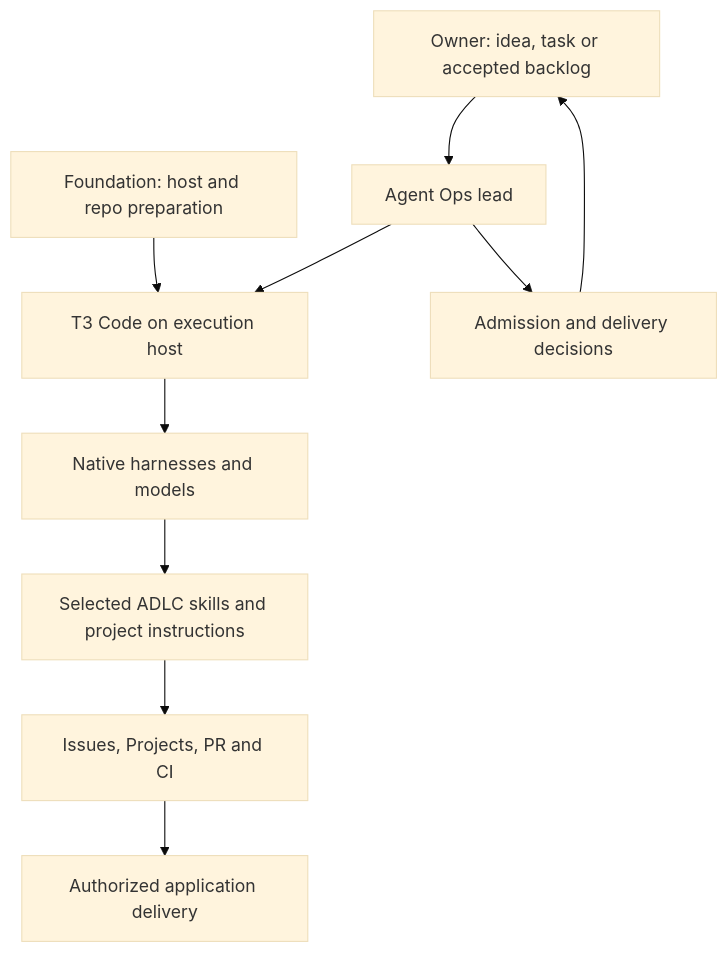
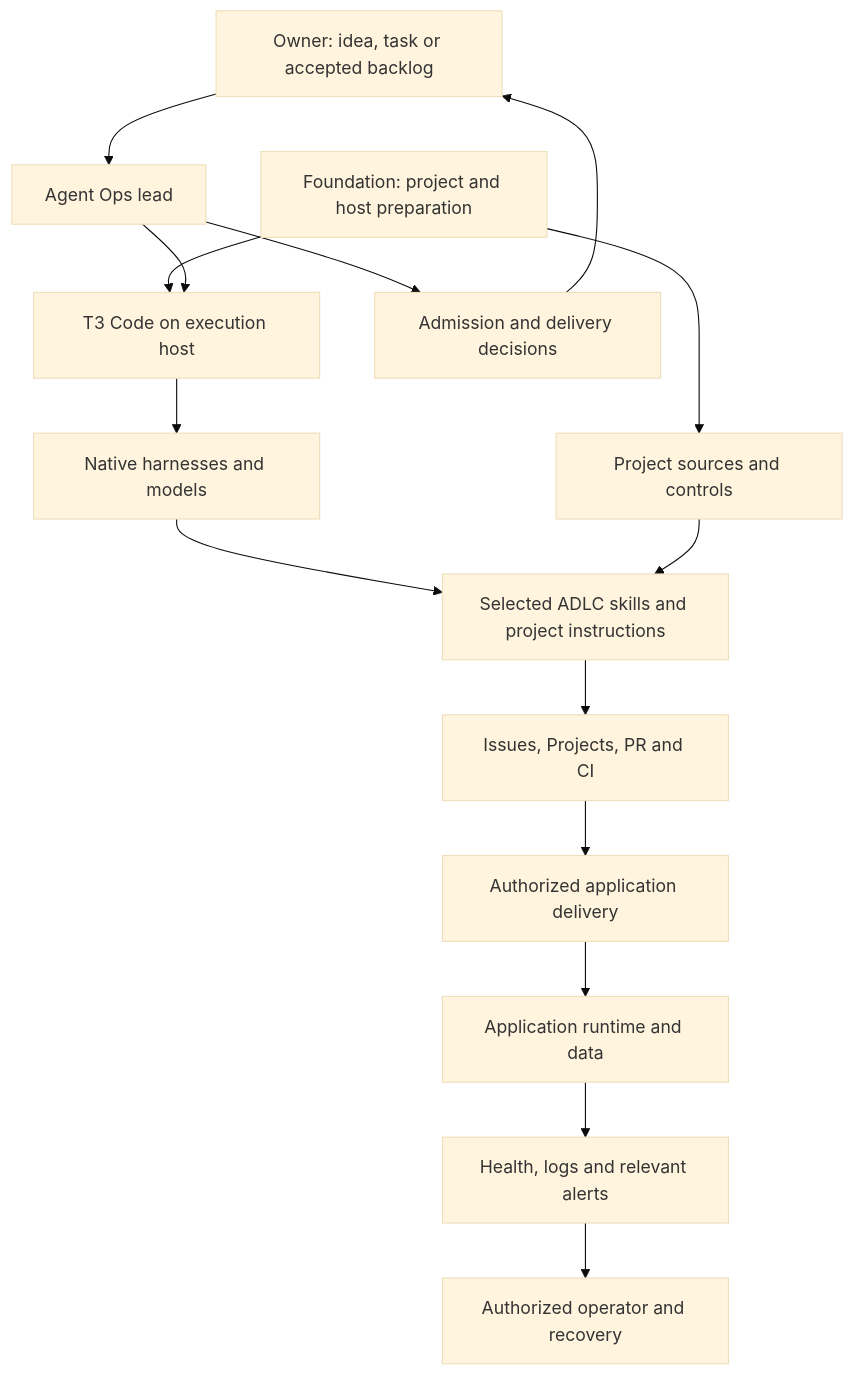
Before and after one commit to arcitai/factory: the diagram in docs/architecture.md, drawn with Mermaid (base theme). The commit also changed other lines of this file and 17 other files, not shown here.

````diff
--- a/docs/architecture.md
+++ b/docs/architecture.md
@@ -3,12 +3,17 @@
 ```mermaid
 flowchart TD
   Owner[Owner: idea, task or accepted backlog] --> Lead[Agent Ops lead]
-  Foundation[Foundation: host and repo preparation] --> T3[T3 Code on execution host]
+  Foundation[Foundation: project and host preparation] --> Context[Project sources and controls]
+  Foundation --> T3[T3 Code on execution host]
   Lead --> T3
   T3 --> Native[Native harnesses and models]
   Native --> Method[Selected ADLC skills and project instructions]
+  Context --> Method
   Method --> GitHub[Issues, Projects, PR and CI]
   GitHub --> Delivery[Authorized application delivery]
+  Delivery --> App[Application runtime and data]
+  App --> Signals[Health, logs and relevant alerts]
+  Signals --> Operator[Authorized operator and recovery]
   Lead --> Decisions[Admission and delivery decisions]
   Decisions --> Owner
 ```
````
